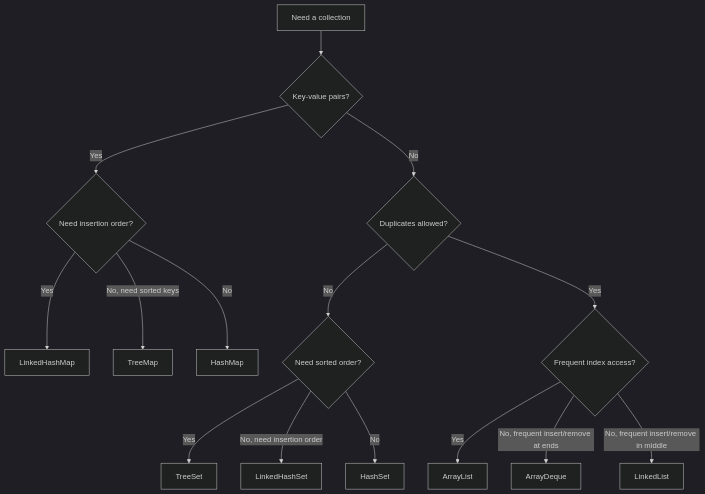
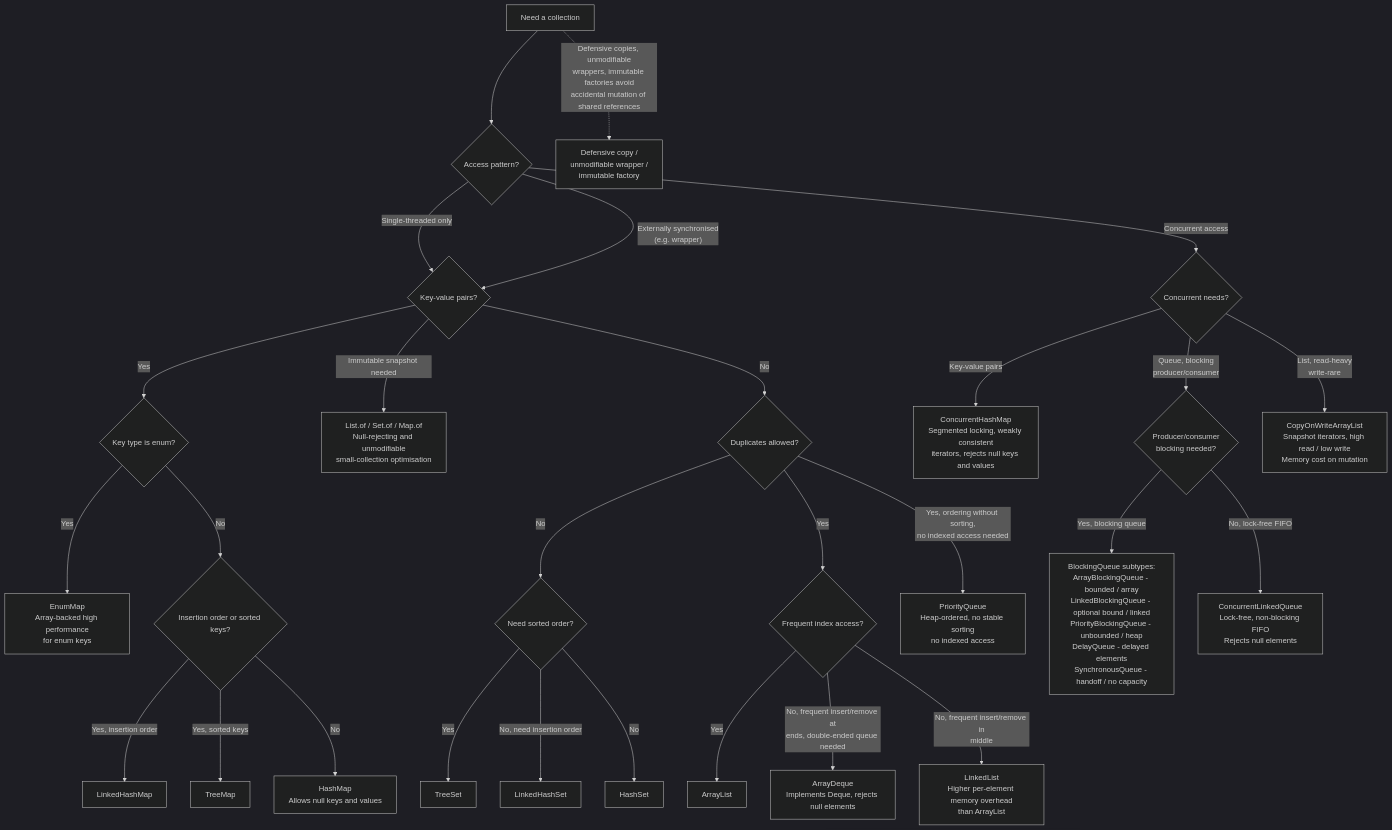
The diagram in docs/programming/diagrams/java/collection-selection-decision-flow.mmd (DewaldOosthuizen/tech-cheat-sheets-and-notes), drawn with Mermaid (dark theme) before and after one commit. The commit also changed 1 other file, not shown here.

Commit message:
fix: resolve issue #288 - FEATURE: Extend collection selection guidance for concurrency, queues, and immutability

```diff
--- a/docs/programming/diagrams/java/collection-selection-decision-flow.mmd
+++ b/docs/programming/diagrams/java/collection-selection-decision-flow.mmd
@@ -1,15 +1,40 @@
 flowchart TD
-    A[Need a collection] --> B{Key-value pairs?}
-    B -- Yes --> C{Need insertion order?}
-    C -- Yes --> D[LinkedHashMap]
-    C -- No, need sorted keys --> E[TreeMap]
-    C -- No --> F[HashMap]
-    B -- No --> G{Duplicates allowed?}
-    G -- No --> H{Need sorted order?}
-    H -- Yes --> I[TreeSet]
-    H -- No, need insertion order --> J[LinkedHashSet]
-    H -- No --> K[HashSet]
-    G -- Yes --> L{Frequent index access?}
-    L -- Yes --> M[ArrayList]
-    L -- No, frequent insert/remove at ends --> N[ArrayDeque]
-    L -- No, frequent insert/remove in middle --> O[LinkedList]
+    A[Need a collection] --> C{Access pattern?}
+    C -- Single-threaded only --> B{Key-value pairs?}
+    C -- Externally synchronised<br/>(e.g. wrapper) --> B
+    C -- Concurrent access --> D{Concurrent needs?}
+
+    %% ── Non-concurrent: key-value ──
+    B -- Yes --> E{Key type is enum?}
+    E -- Yes --> F[EnumMap<br/>Array-backed high performance<br/>for enum keys]
+    E -- No --> G{Insertion order or sorted keys?}
+    G -- Yes, insertion order --> H[LinkedHashMap]
+    G -- Yes, sorted keys --> I[TreeMap]
+    G -- No --> J[HashMap<br/>Allows null keys and values]
+    B -- Immutable snapshot needed --> K[List.of / Set.of / Map.of<br/>Null-rejecting and unmodifiable<br/>small-collection optimisation]
+
+    %% ── Non-concurrent: no key-value ──
+    B -- No --> L{Duplicates allowed?}
+    L -- No --> M{Need sorted order?}
+    M -- Yes --> N[TreeSet]
+    M -- No, need insertion order --> O[LinkedHashSet]
+    M -- No --> P[HashSet]
+    L -- Yes --> Q{Frequent index access?}
+    Q -- Yes --> R[ArrayList]
+    Q -- No, frequent insert/remove at<br/>ends, double-ended queue needed --> S[ArrayDeque<br/>Implements Deque, rejects null elements]
+    Q -- No, frequent insert/remove in<br/>middle --> T[LinkedList<br/>Higher per-element memory overhead<br/>than ArrayList]
+    L -- Yes, ordering without sorting,<br/>no indexed access needed --> U[PriorityQueue<br/>Heap-ordered, no stable sorting<br/>no indexed access]
+
+    %% ── Concurrent: key-value ──
+    D -- Key-value pairs --> V[ConcurrentHashMap<br/>Segmented locking, weakly consistent<br/>iterators, rejects null keys and values]
+
+    %% ── Concurrent: queue / blocking ──
+    D -- Queue, blocking<br/>producer/consumer --> W{Producer/consumer<br/>blocking needed?}
+    W -- Yes, blocking queue --> X[BlockingQueue subtypes:<br/>ArrayBlockingQueue - bounded / array<br/>LinkedBlockingQueue - optional bound / linked<br/>PriorityBlockingQueue - unbounded / heap<br/>DelayQueue - delayed elements<br/>SynchronousQueue - handoff / no capacity]
+    W -- No, lock-free FIFO --> Y[ConcurrentLinkedQueue<br/>Lock-free, non-blocking FIFO<br/>Rejects null elements]
+
+    %% ── Concurrent: list, read-heavy ──
+    D -- List, read-heavy<br/>write-rare --> Z[CopyOnWriteArrayList<br/>Snapshot iterators, high read / low write<br/>Memory cost on mutation]
+
+    %% ── Defensive-copy note ──
+    A -.->|Defensive copies, unmodifiable<br/>wrappers, immutable factories avoid<br/>accidental mutation of shared references| GA[Defensive copy /<br/>unmodifiable wrapper /<br/>immutable factory]
```
